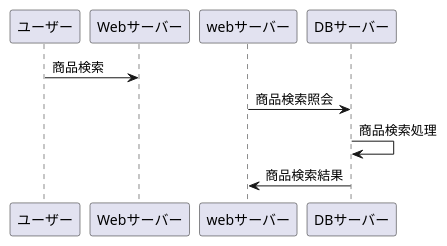
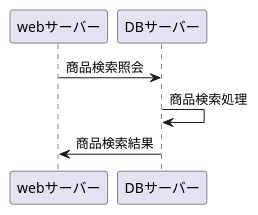
Before and after one commit to Aso2001397/2021sys-design: the diagram in sample.md, drawn with PlantUML.

````diff
--- a/sample.md
+++ b/sample.md
@@ -1,8 +1,7 @@
 ```uml
-@startuml
-ユーザー -> Webサーバー : 商品検索 
+@startuml 
 webサーバー -> DBサーバー : 商品検索照会
 DBサーバー -> DBサーバー : 商品検索処理
 DBサーバー -> webサーバー : 商品検索結果
 @enduml
 ```
````
